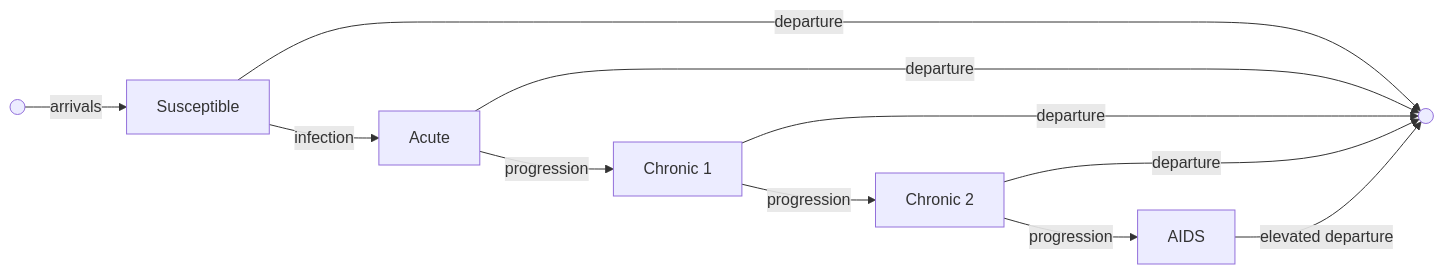
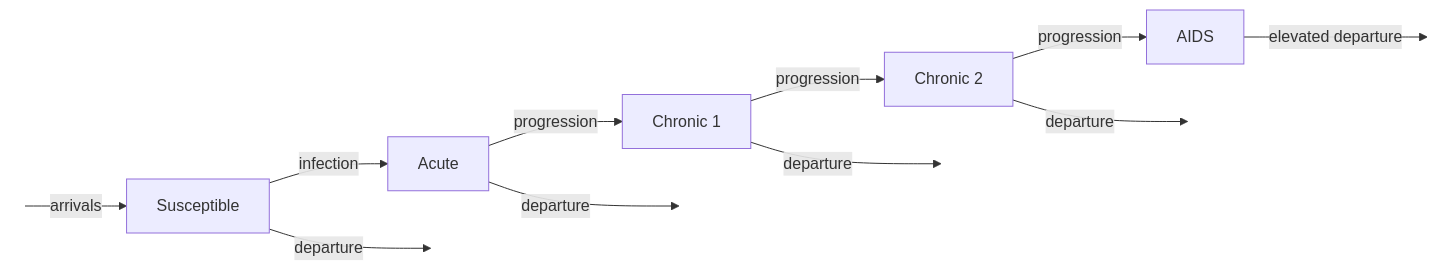
Before and after one commit to EpiModel/EpiModel-Gallery: the diagram in 2019-03-HIV/README.md, drawn with Mermaid.

````diff
--- a/2019-03-HIV/README.md
+++ b/2019-03-HIV/README.md
@@ -45,13 +45,20 @@
 ```mermaid
 flowchart LR
-    A((" ")) -->|"arrivals"| S
+    in(( )) -->|"arrivals"| S
     S[Susceptible] -->|"infection"| I1["Acute"]
     I1 -->|"progression"| I2["Chronic 1"]
     I2 -->|"progression"| I3["Chronic 2"]
     I3 -->|"progression"| I4["AIDS"]
-    S -->|"departure"| D((" "))
-    I1 -->|"departure"| D
-    I2 -->|"departure"| D
-    I3 -->|"departure"| D
-    I4 -->|"elevated departure"| D
+    S -->|"departure"| out1(( ))
+    I1 -->|"departure"| out2(( ))
+    I2 -->|"departure"| out3(( ))
+    I3 -->|"departure"| out4(( ))
+    I4 -->|"elevated departure"| out5(( ))
+
+    style in fill:none,stroke:none
+    style out1 fill:none,stroke:none
+    style out2 fill:none,stroke:none
+    style out3 fill:none,stroke:none
+    style out4 fill:none,stroke:none
+    style out5 fill:none,stroke:none
 ```
````
